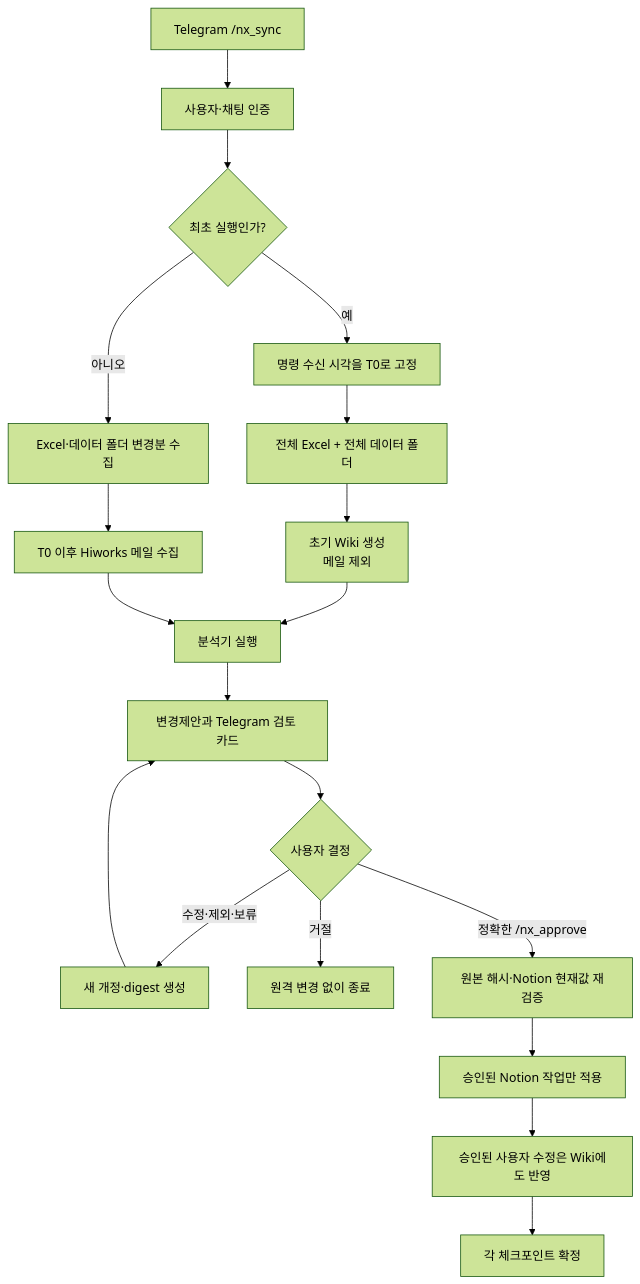
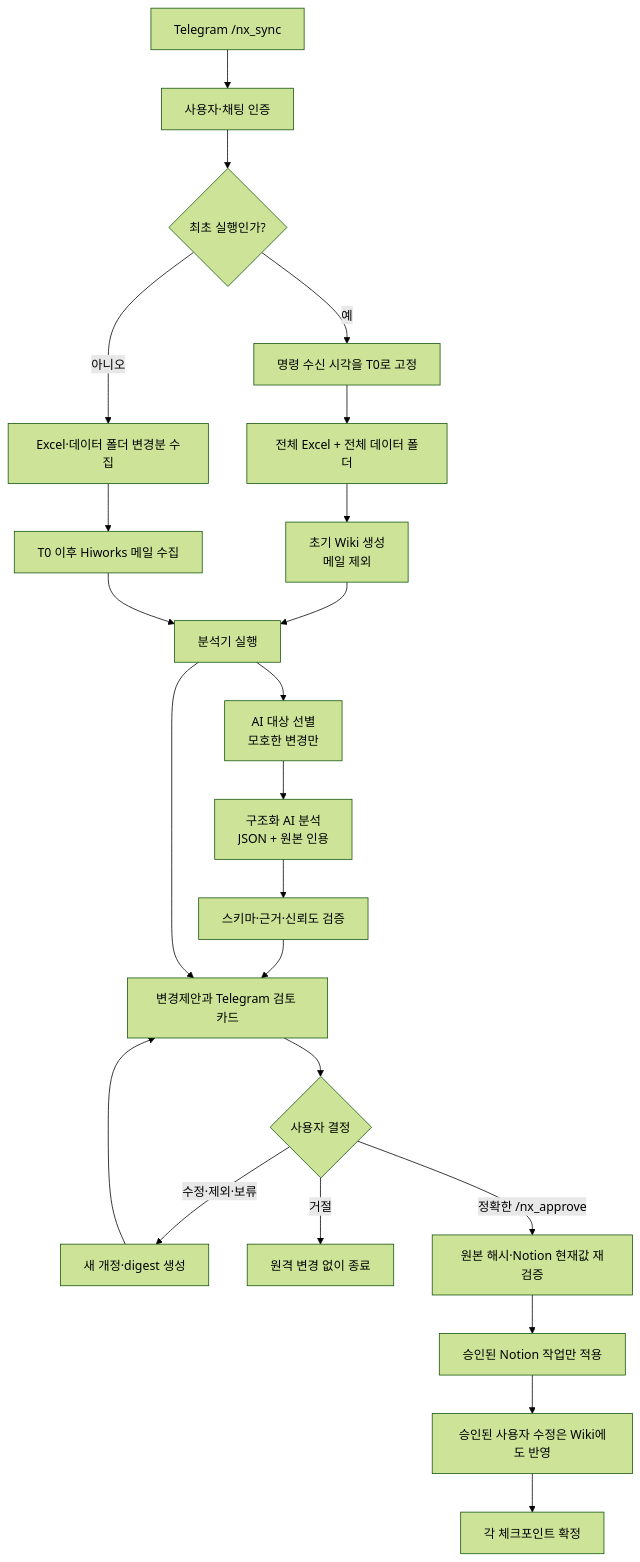
One commit to donshine7/hermes-notion-excel-sync changed the diagram in README.md. Above: the diagram before and after it, drawn with Mermaid (forest theme). The commit also changed other lines of this file and 25 other files, not shown here.

````diff
--- a/README.md
+++ b/README.md
@@ -36,21 +36,25 @@
 ```mermaid
 flowchart TD
     T["Telegram /nx_sync"] --> G["사용자·채팅 인증"]
     G --> B{"최초 실행인가?"}
     B -->|"예"| T0["명령 수신 시각을 T0로 고정"]
     T0 --> F["전체 Excel + 전체 데이터 폴더"]
     F --> W0["초기 Wiki 생성<br/>메일 제외"]
     B -->|"아니오"| D["Excel·데이터 폴더 변경분 수집"]
     D --> M["T0 이후 Hiworks 메일 수집"]
     W0 --> A["분석기 실행"]
     M --> A
+    A --> S["AI 대상 선별<br/>모호한 변경만"]
+    S --> J["구조화 AI 분석<br/>JSON + 원본 인용"]
+    J --> V0["스키마·근거·신뢰도 검증"]
+    V0 --> P
     A --> P["변경제안과 Telegram 검토 카드"]
     P --> U{"사용자 결정"}
     U -->|"수정·제외·보류"| R["새 개정·digest 생성"]
     R --> P
     U -->|"거절"| X["원격 변경 없이 종료"]
     U -->|"정확한 /nx_approve"| V["원본 해시·Notion 현재값 재검증"]
     V --> N["승인된 Notion 작업만 적용"]
     N --> W["승인된 사용자 수정은 Wiki에도 반영"]
     W --> C["각 체크포인트 확정"]
 ```
````
